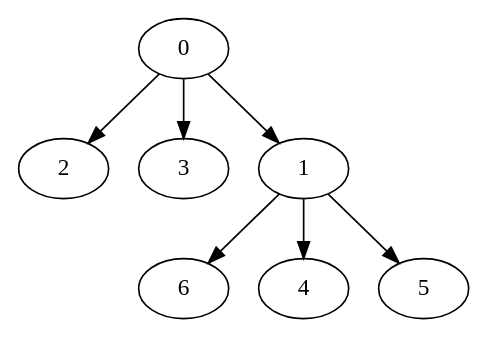
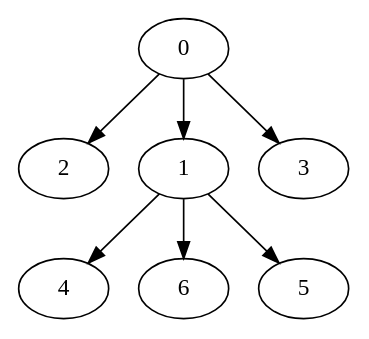
Before and after one commit to Akrya/Scheduler: the diagram in Nodes_7_OutTree-output.dot, drawn with Graphviz. The commit also changed 9 other files, not shown here.

Commit message:
Moved the input argument parsing from Main class to the controller class. The primary stage is assigned with a scene in the GanttChartController Class.

```diff
--- a/Nodes_7_OutTree-output.dot
+++ b/Nodes_7_OutTree-output.dot
@@ -1,15 +1,15 @@
 digraph "Nodes_7_OutTree-output" {
-	 6	 [Weight=7.0,Start=21.0,Processor=0];
-	 2	 [Weight=5.0,Start=16.0,Processor=0];
-	 0	 [Weight=5.0,Start=0.0,Processor=1];
-	 3	 [Weight=6.0,Start=15.0,Processor=1];
-	 4	 [Weight=4.0,Start=11.0,Processor=1];
-	 5	 [Weight=7.0,Start=21.0,Processor=1];
-	 1	 [Weight=6.0,Start=5.0,Processor=1];
+	 4	 [Weight=4.0,Start=23.0,Processor=0];
+	 6	 [Weight=7.0,Start=11.0,Processor=0];
+	 2	 [Weight=5.0,Start=18.0,Processor=0];
+	 1	 [Weight=6.0,Start=5.0,Processor=0];
+	 0	 [Weight=5.0,Start=0.0,Processor=0];
+	 5	 [Weight=7.0,Start=15.0,Processor=1];
+	 3	 [Weight=6.0,Start=22.0,Processor=1];
 	 0 -> 1	[Weight=15.0];
 	 0 -> 2	[Weight=11.0];
 	 0 -> 3	[Weight=11.0];
 	 1 -> 4	[Weight=19.0];
 	 1 -> 5	[Weight=4.0];
 	 1 -> 6	[Weight=21.0];
 }
```
